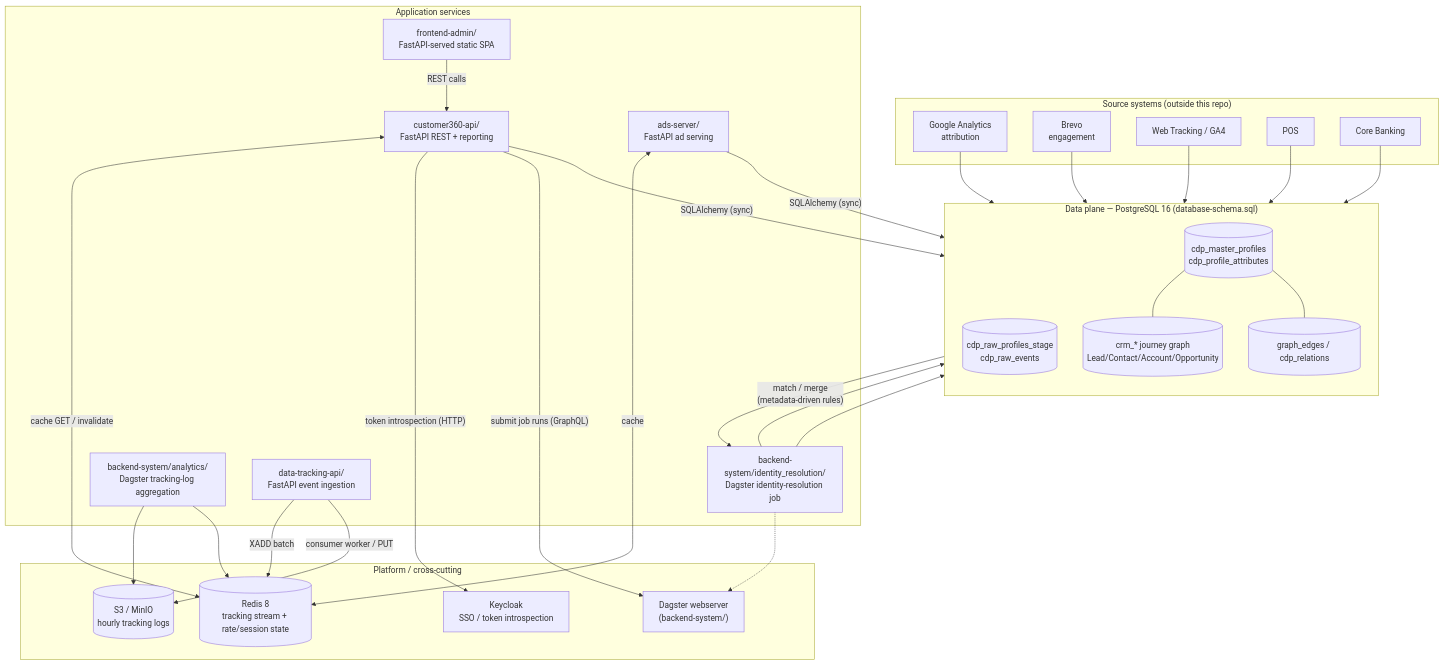
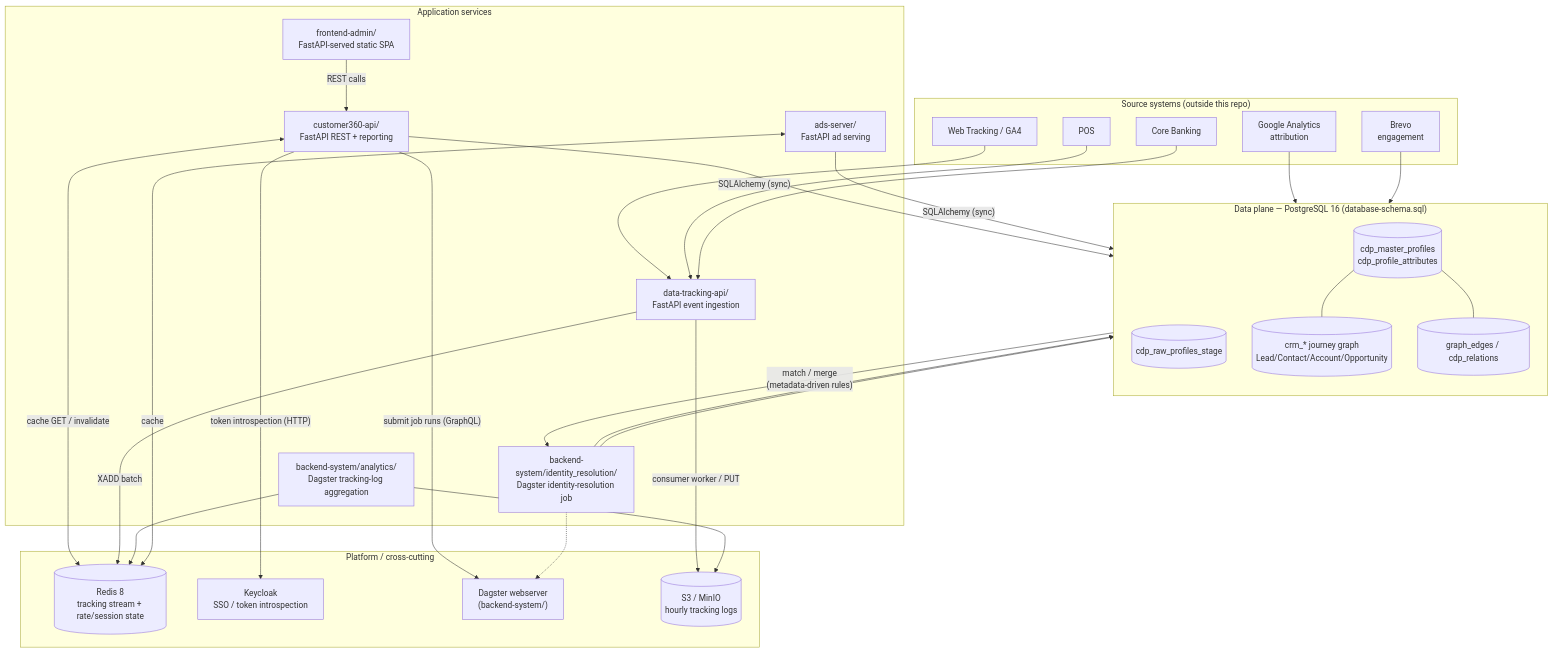
The diagram in docs/architecture/TECHNICAL-DOCUMENTATION.md (LEO-CDP/leo-customer360), drawn with Mermaid before and after one commit. The commit also changed 25 other files, not shown here.

````diff
--- a/docs/architecture/TECHNICAL-DOCUMENTATION.md
+++ b/docs/architecture/TECHNICAL-DOCUMENTATION.md
@@ -49,60 +49,60 @@
 ```mermaid
 flowchart TB
     subgraph SOURCES["Source systems (outside this repo)"]
         AF[Google Analytics\nattribution]
         ME[Brevo\nengagement]
         WT[Web Tracking / GA4]
         POS[POS]
         CB[Core Banking]
     end
 
     subgraph DATA["Data plane — PostgreSQL 16 (database-schema.sql)"]
         direction TB
-        RAW[(cdp_raw_profiles_stage\ncdp_raw_events)]
+        RAW[(cdp_raw_profiles_stage)]
         MASTER[(cdp_master_profiles\ncdp_profile_attributes)]
         CRM[(crm_* journey graph\nLead/Contact/Account/Opportunity)]
         GRAPH[(graph_edges / cdp_relations)]
     end
 
     subgraph SERVICES["Application services"]
         CIR["backend-system/identity_resolution/\nDagster identity-resolution job"]
         ANALYTICS["backend-system/analytics/\nDagster tracking-log aggregation"]
         API["customer360-api/\nFastAPI REST + reporting"]
         TRACK["data-tracking-api/\nFastAPI event ingestion"]
         ADS["ads-server/\nFastAPI ad serving"]
         UI["frontend-admin/\nFastAPI-served static SPA"]
     end
 
     subgraph PLATFORM["Platform / cross-cutting"]
         REDIS[(Redis 8\ntracking stream + rate/session state)]
         KC[Keycloak\nSSO / token introspection]
         DAGSTER["Dagster webserver\n(backend-system/)"]
         OBJECTS[(S3 / MinIO\nhourly tracking logs)]
     end
 
     AF --> RAW
     ME --> RAW
-    WT --> RAW
-    POS --> RAW
-    CB --> RAW
+    WT --> TRACK
+    POS --> TRACK
+    CB --> TRACK
 
     RAW -- "match / merge\n(metadata-driven rules)" --> CIR
     CIR --> MASTER
     CIR --> RAW
 
     MASTER --- CRM
     MASTER --- GRAPH
 
     API -- "SQLAlchemy (sync)" --> DATA
     API <-- "cache GET / invalidate" --> REDIS
     API -- "token introspection (HTTP)" --> KC
     API -- "submit job runs (GraphQL)" --> DAGSTER
     CIR -.-> DAGSTER
     TRACK -- "XADD batch" --> REDIS
     TRACK -- "consumer worker / PUT" --> OBJECTS
     ANALYTICS --> OBJECTS
     ANALYTICS --> REDIS
     ADS -- "SQLAlchemy (sync)" --> DATA
     ADS <-- "cache" --> REDIS
     UI -- "REST calls" --> API
 ```
````
